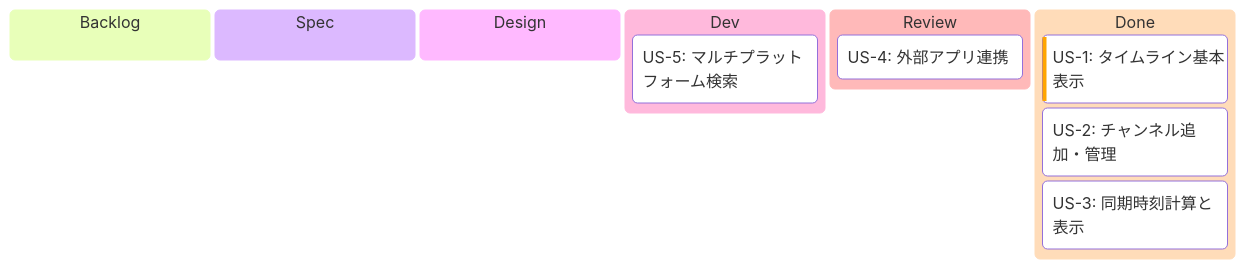
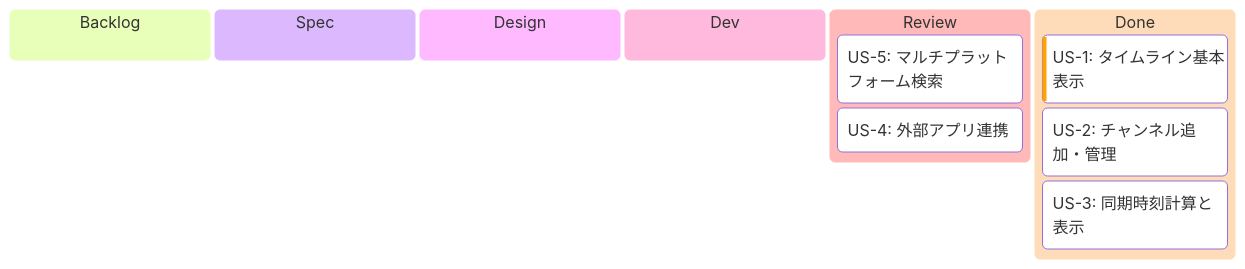
The first of 2 diagrams in implement-context/timeline-sync/EPIC.md (saki0000/collab-stream), drawn with Mermaid before and after one commit. The commit also changed other lines of this file, not shown here.

Commit message:
docs: Kanban US-5 を Review に移動

````diff
--- a/implement-context/timeline-sync/EPIC.md
+++ b/implement-context/timeline-sync/EPIC.md
@@ -27,19 +27,19 @@
 ```mermaid
 ---
 config:
   kanban:
     ticketBaseUrl: ''
 ---
 kanban
   backlog[Backlog]
   spec[Spec]
   design[Design]
   dev[Dev]
+  review[Review]
     us5[US-5: マルチプラットフォーム検索]
-  review[Review]
     us4[US-4: 外部アプリ連携]
   done[Done]
     us1[US-1: タイムライン基本表示]@{ priority: 'High' }
     us2[US-2: チャンネル追加・管理]
     us3[US-3: 同期時刻計算と表示]
 ```
````
